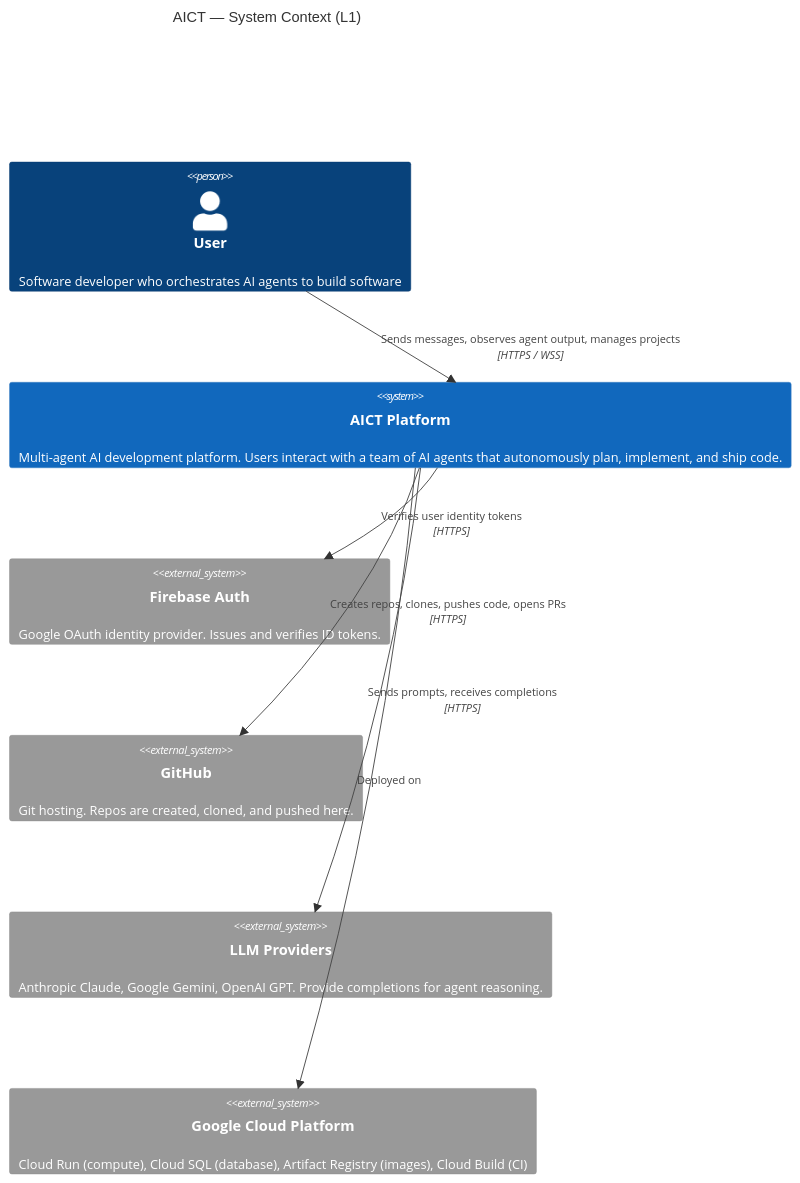
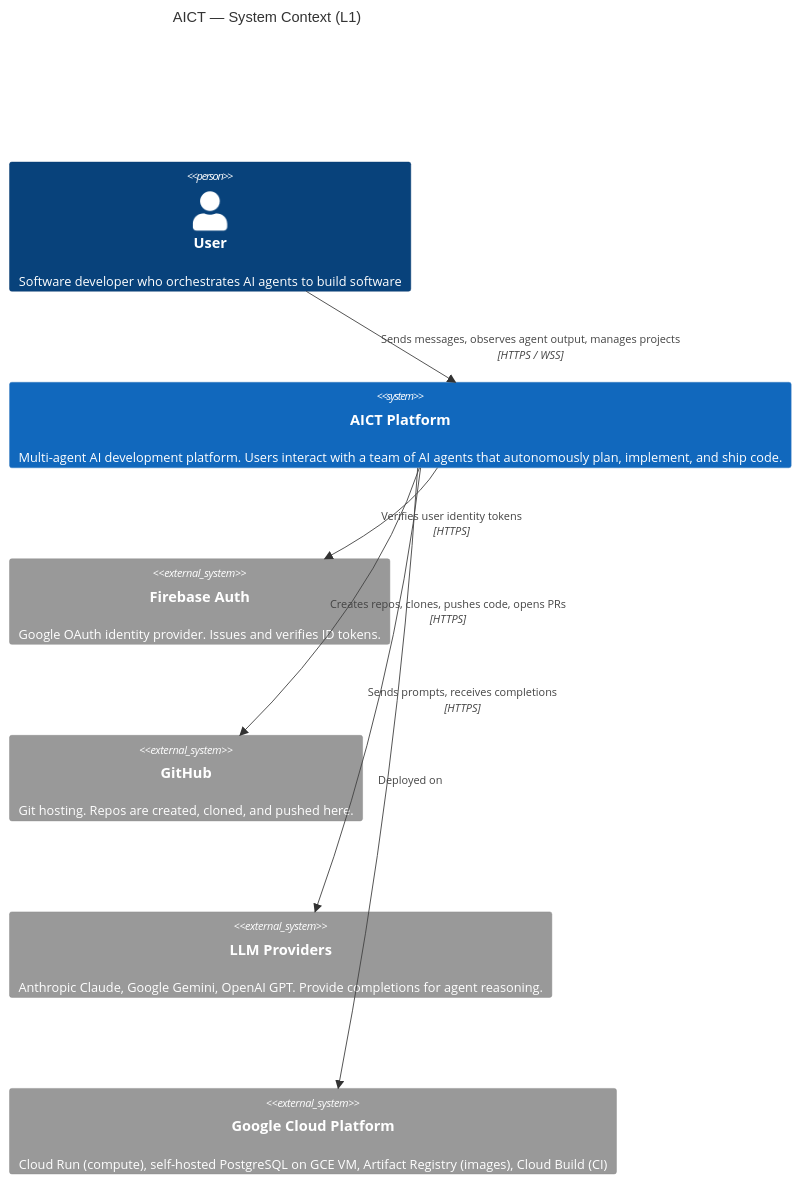
One commit to ShikeChen01/AICT changed the first of 3 diagrams in docs/v1/c4-diagrams.md. Above: the diagram before and after it, drawn with Mermaid. The commit also changed other lines of this file and 58 other files, not shown here.

````diff
--- a/docs/v1/c4-diagrams.md
+++ b/docs/v1/c4-diagrams.md
@@ -7,19 +7,19 @@
 ```mermaid
 C4Context
     title AICT — System Context (L1)
 
     Person(user, "User", "Software developer who orchestrates AI agents to build software")
 
     System(aict, "AICT Platform", "Multi-agent AI development platform. Users interact with a team of AI agents that autonomously plan, implement, and ship code.")
 
     System_Ext(firebase, "Firebase Auth", "Google OAuth identity provider. Issues and verifies ID tokens.")
     System_Ext(github, "GitHub", "Git hosting. Repos are created, cloned, and pushed here.")
     System_Ext(llm, "LLM Providers", "Anthropic Claude, Google Gemini, OpenAI GPT. Provide completions for agent reasoning.")
-    System_Ext(gcp, "Google Cloud Platform", "Cloud Run (compute), Cloud SQL (database), Artifact Registry (images), Cloud Build (CI)")
+    System_Ext(gcp, "Google Cloud Platform", "Cloud Run (compute), self-hosted PostgreSQL on GCE VM, Artifact Registry (images), Cloud Build (CI)")
 
     Rel(user, aict, "Sends messages, observes agent output, manages projects", "HTTPS / WSS")
     Rel(aict, firebase, "Verifies user identity tokens", "HTTPS")
     Rel(aict, github, "Creates repos, clones, pushes code, opens PRs", "HTTPS")
     Rel(aict, llm, "Sends prompts, receives completions", "HTTPS")
     Rel(aict, gcp, "Deployed on", "")
 ```
````
